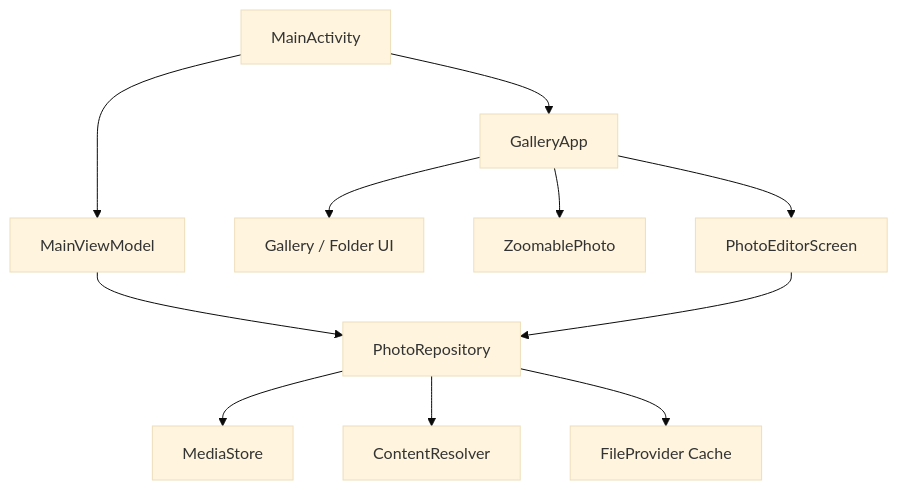
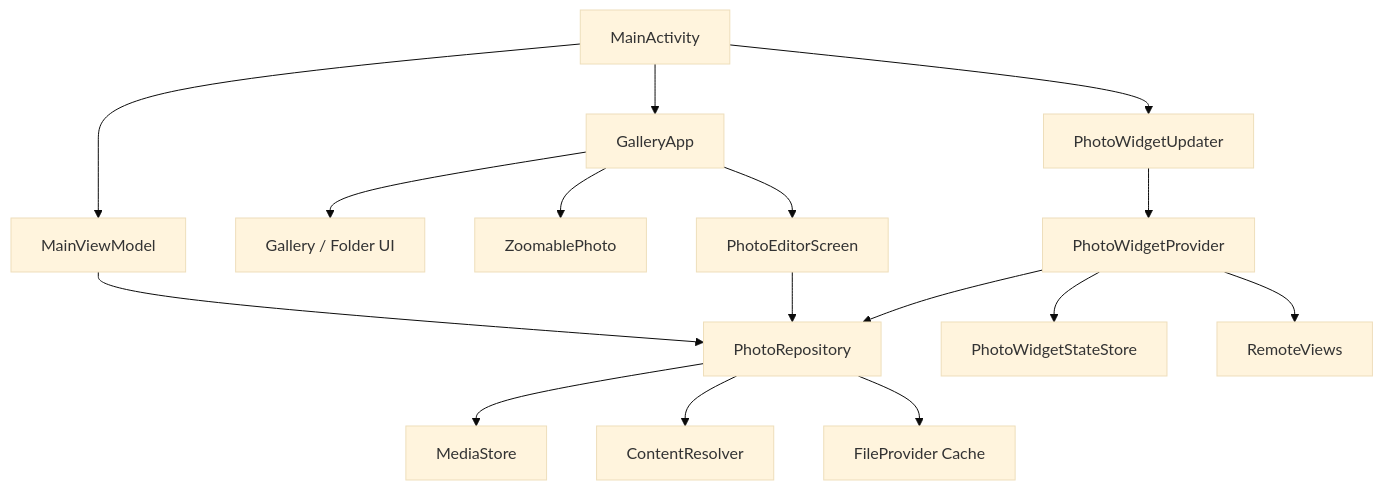
Before and after one commit to mark216tw/android-viewphoto-01: the diagram in docs/ARCHITECTURE.md, drawn with Mermaid (base theme). The commit also changed other lines of this file and 25 other files, not shown here.

Commit message:
feat: add 2x2 photo widget

````diff
--- a/docs/ARCHITECTURE.md
+++ b/docs/ARCHITECTURE.md
@@ -19,13 +19,18 @@
 ```mermaid
 flowchart TD
     A[MainActivity] --> B[MainViewModel]
     A --> C[GalleryApp]
     B --> D[PhotoRepository]
     C --> E[Gallery / Folder UI]
     C --> F[ZoomablePhoto]
     C --> G[PhotoEditorScreen]
     G --> D
     D --> H[MediaStore]
     D --> I[ContentResolver]
     D --> J[FileProvider Cache]
+    K[PhotoWidgetProvider] --> D
+    K --> L[PhotoWidgetStateStore]
+    K --> M[RemoteViews]
+    A --> N[PhotoWidgetUpdater]
+    N --> K
 ```
````
